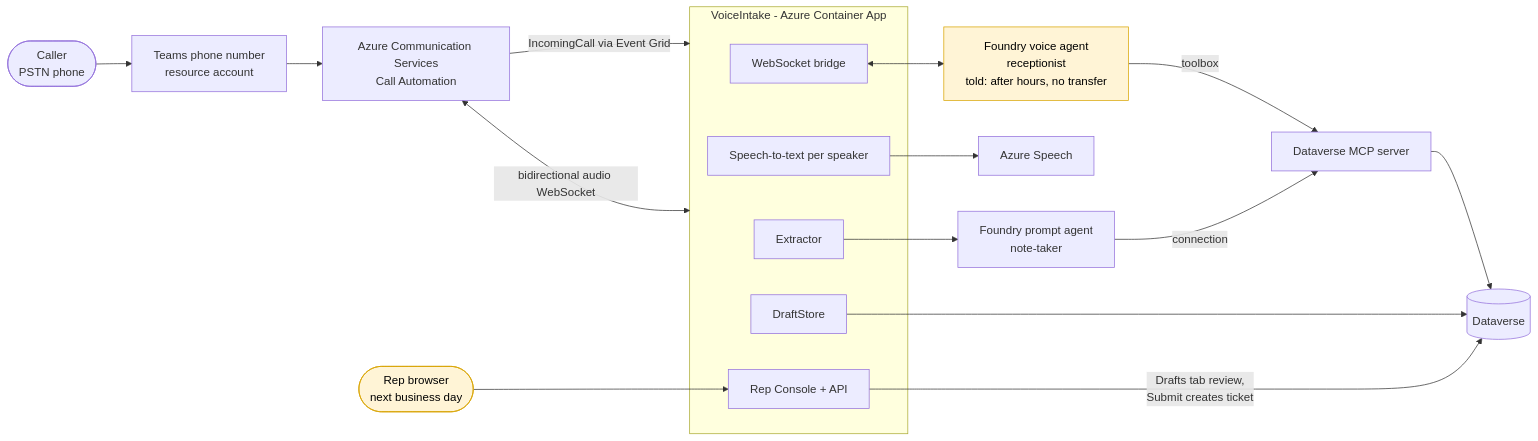
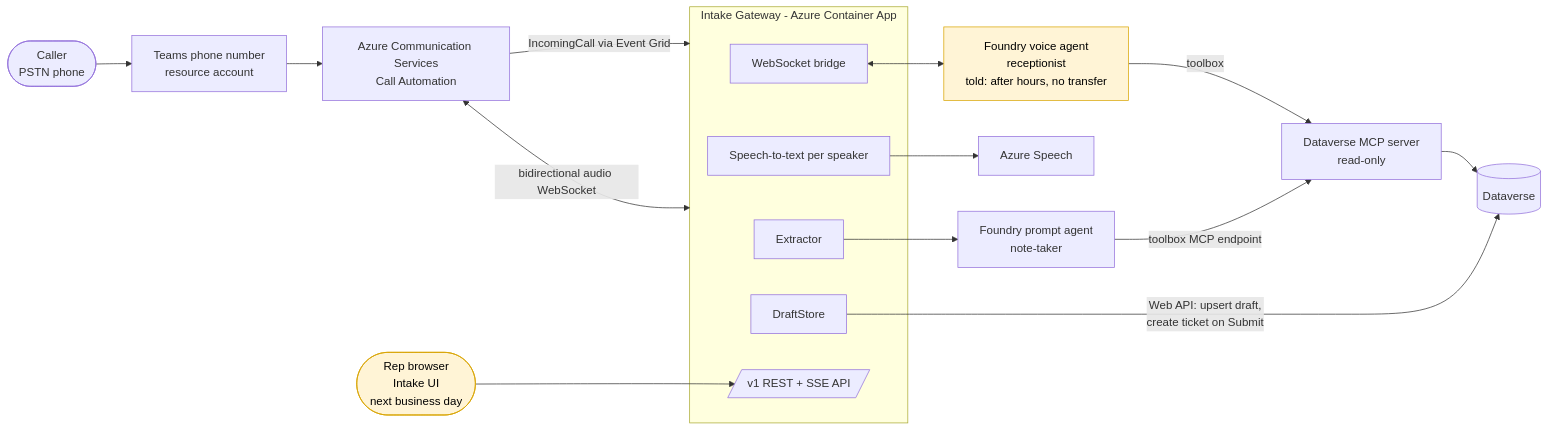
The first of 4 diagrams in docs/02-architecture.md (jmasengeshomsft/floorworks-live-intake), drawn with Mermaid before and after one commit. The commit also changed other lines of this file and 22 other files, not shown here.

Commit message:
Gateway draft store, configurable Dataverse schema, standard account/incident profile

````diff
--- a/docs/02-architecture.md
+++ b/docs/02-architecture.md
@@ -15,25 +21,24 @@
 ```mermaid
 flowchart LR
     caller([Caller<br/>PSTN phone]) --> teamsno[Teams phone number<br/>resource account]
     teamsno --> acs[Azure Communication Services<br/>Call Automation]
-    acs -- IncomingCall via Event Grid --> app
-    acs <-- bidirectional audio WebSocket --> app
-    subgraph app[VoiceIntake - Azure Container App]
-      ws[WebSocket bridge]
+    acs -- IncomingCall via Event Grid --> gw
+    acs <-- bidirectional audio WebSocket --> gw
+    subgraph gw[Intake Gateway - Azure Container App]
+      bridge[WebSocket bridge]
       stt[Speech-to-text per speaker]
       ext[Extractor]
       store[DraftStore]
-      ui[Rep Console + API]
+      api[/v1 REST + SSE API/]
     end
-    ws <--> voice[Foundry voice agent<br/>receptionist<br/>told: after hours, no transfer]
+    bridge <--> voice[Foundry voice agent<br/>receptionist<br/>told: after hours, no transfer]
     stt --> speech[Azure Speech]
     ext --> note[Foundry prompt agent<br/>note-taker]
     voice -- toolbox --> mcp
-    note -- connection --> mcp[Dataverse MCP server]
+    note -- toolbox MCP endpoint --> mcp[Dataverse MCP server<br/>read-only]
     mcp --> dv[(Dataverse)]
-    store --> dv
-    rep([Rep browser<br/>next business day]) --> ui
-    ui -- "Drafts tab review,<br/>Submit creates ticket" --> dv
+    store -- "Web API: upsert draft,<br/>create ticket on Submit" --> dv
+    rep([Rep browser<br/>Intake UI<br/>next business day]) --> api
     classDef after fill:#fff4d6,stroke:#d9a400,color:#000
     class voice,rep after
 ```
````
